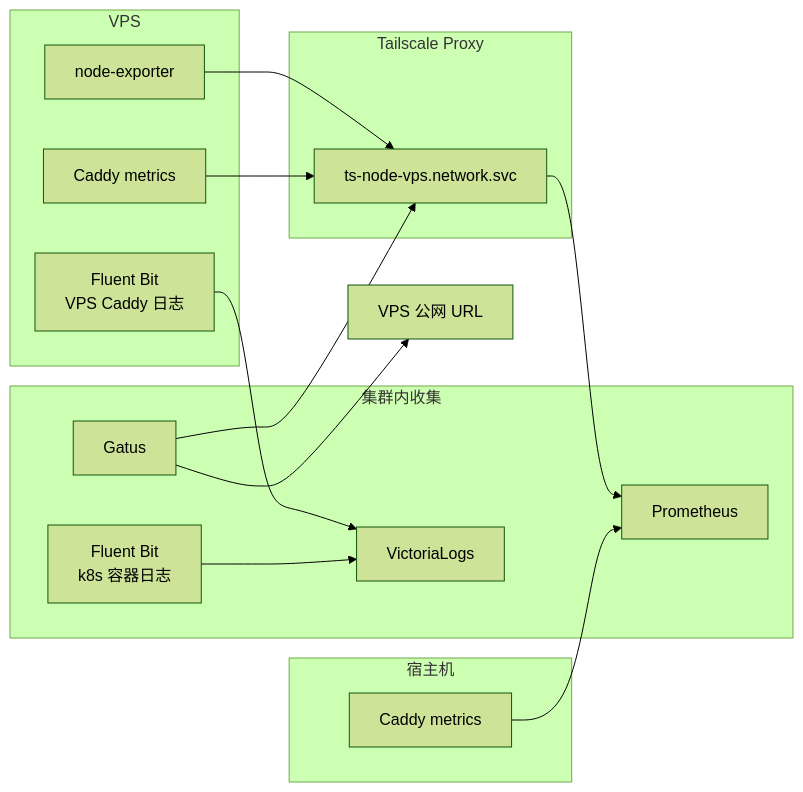
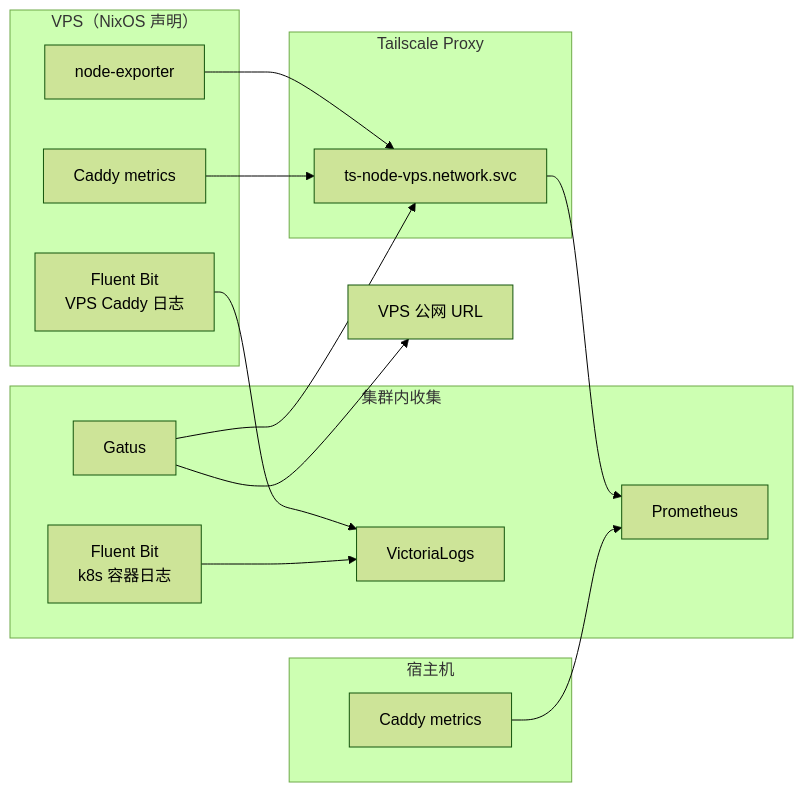
The sixth of 8 diagrams in docs/ARCHITECTURE.md (shelken/home-ops), drawn with Mermaid (forest theme) before and after one commit. The commit also changed other lines of this file and 43 other files, not shown here.

First line of the commit message:
refactor(vps): 退休 compose/vps，VPS 容器改由 nix-config 声明

````diff
--- a/docs/ARCHITECTURE.md
+++ b/docs/ARCHITECTURE.md
@@ -397,36 +397,36 @@
 ```mermaid
 
 graph LR
-    subgraph VPS["VPS"]
+    subgraph VPS["VPS（NixOS 声明）"]
         NE_VPS["node-exporter"]
         CADDY_VPS["Caddy metrics"]
         FB_VPS["Fluent Bit<br/>VPS Caddy 日志"]
     end
 
     subgraph SAKAMOTO["宿主机"]
         CADDY_SAKA["Caddy metrics"]
     end
 
     subgraph TS_PROXY["Tailscale Proxy"]
         TS_SVC["ts-node-vps.network.svc"]
     end
 
     subgraph COLLECT["集群内收集"]
         Prometheus["Prometheus"]
         VL["VictoriaLogs"]
         Gatus["Gatus"]
         FB_K8S["Fluent Bit<br/>k8s 容器日志"]
     end
 
     NE_VPS --> TS_SVC
     CADDY_VPS --> TS_SVC
     TS_SVC --> Prometheus
     CADDY_SAKA --> Prometheus
 
     FB_VPS --> VL
     FB_K8S --> VL
 
     Gatus --> TS_SVC
     Gatus --> VPS_Public["VPS 公网 URL"]
 
 ```
````
